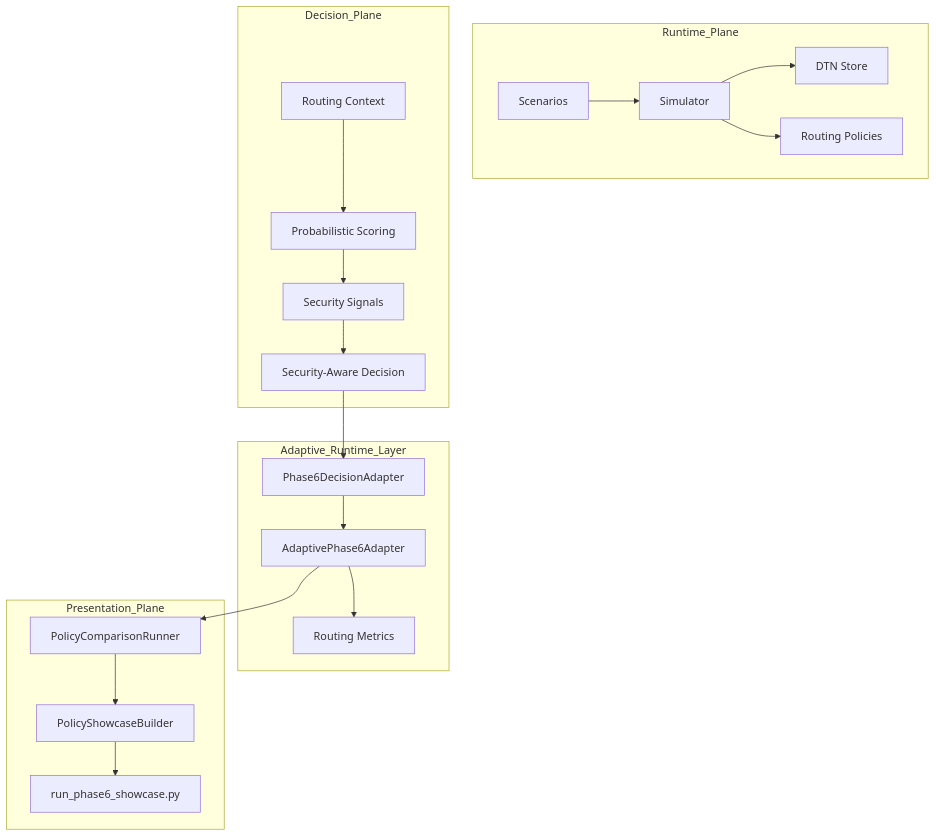
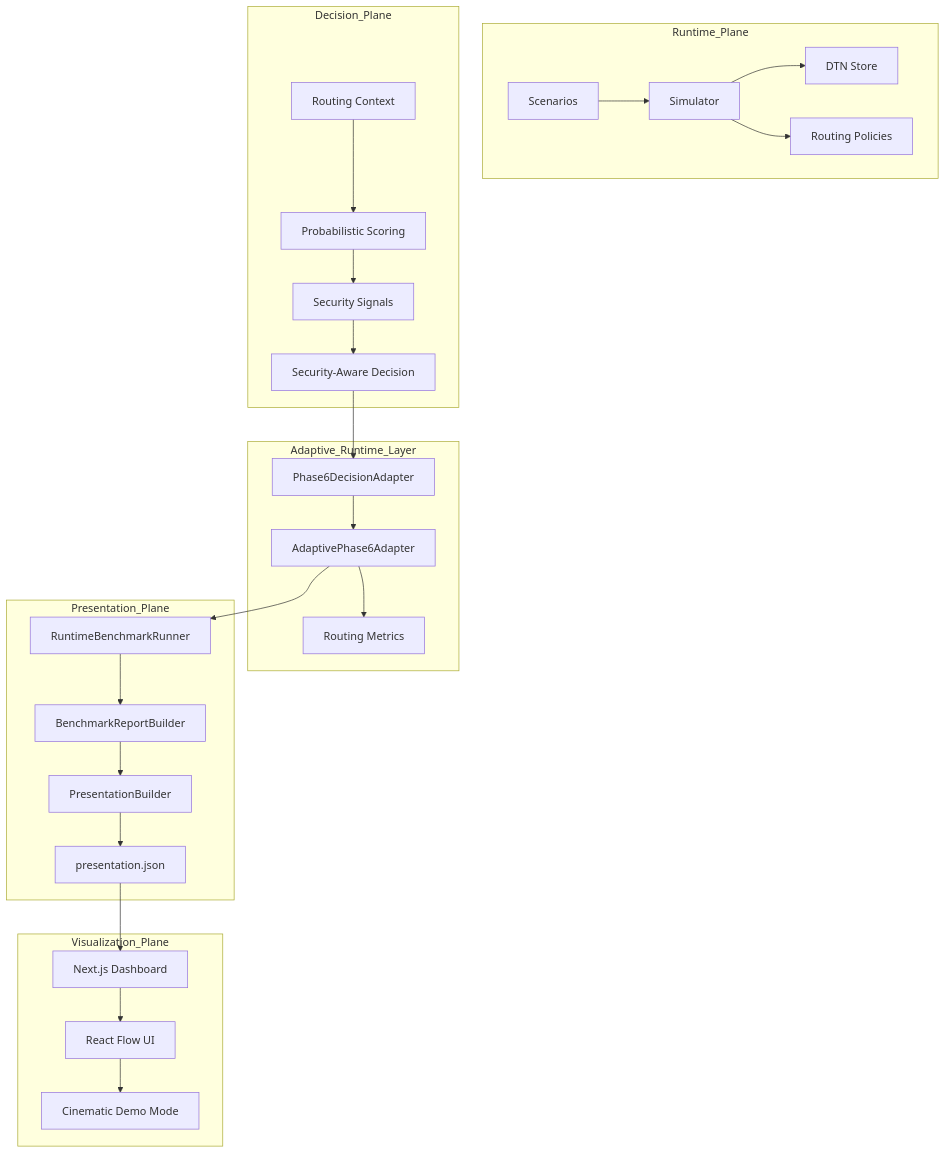
The first of 4 diagrams in README.md (leozzmc/AetherNet), drawn with Mermaid before and after one commit. The commit also changed other lines of this file and 6 other files, not shown here.

````diff
--- a/README.md
+++ b/README.md
@@ -292,37 +455,46 @@
 ```mermaid
 flowchart TB
     subgraph Runtime_Plane
         SCEN[Scenarios]
         SIM[Simulator]
         STORE[DTN Store]
         ROUTE[Routing Policies]
     end
 
     subgraph Decision_Plane
         CONTEXT[Routing Context]
         SCORE[Probabilistic Scoring]
         SIGNAL[Security Signals]
         DECISION[Security-Aware Decision]
     end
 
     subgraph Adaptive_Runtime_Layer
         ADAPTER[Phase6DecisionAdapter]
         ADAPTIVE[AdaptivePhase6Adapter]
         METRICS[Routing Metrics]
     end
 
     subgraph Presentation_Plane
-        COMPARE[PolicyComparisonRunner]
-        SHOWCASE[PolicyShowcaseBuilder]
-        CLI[run_phase6_showcase.py]
+        BENCH[RuntimeBenchmarkRunner]
+        REPORT[BenchmarkReportBuilder]
+        PRESENT[PresentationBuilder]
+        JSON[presentation.json]
+    end
+
+    subgraph Visualization_Plane
+        NEXT[Next.js Dashboard]
+        FLOW[React Flow UI]
+        DEMO[Cinematic Demo Mode]
     end
 
     SCEN --> SIM
     SIM --> STORE
     SIM --> ROUTE
 
     CONTEXT --> SCORE --> SIGNAL --> DECISION
     DECISION --> ADAPTER --> ADAPTIVE
     ADAPTIVE --> METRICS
-    ADAPTIVE --> COMPARE --> SHOWCASE --> CLI
+
+    ADAPTIVE --> BENCH --> REPORT --> PRESENT --> JSON
+    JSON --> NEXT --> FLOW --> DEMO
 ```
````
